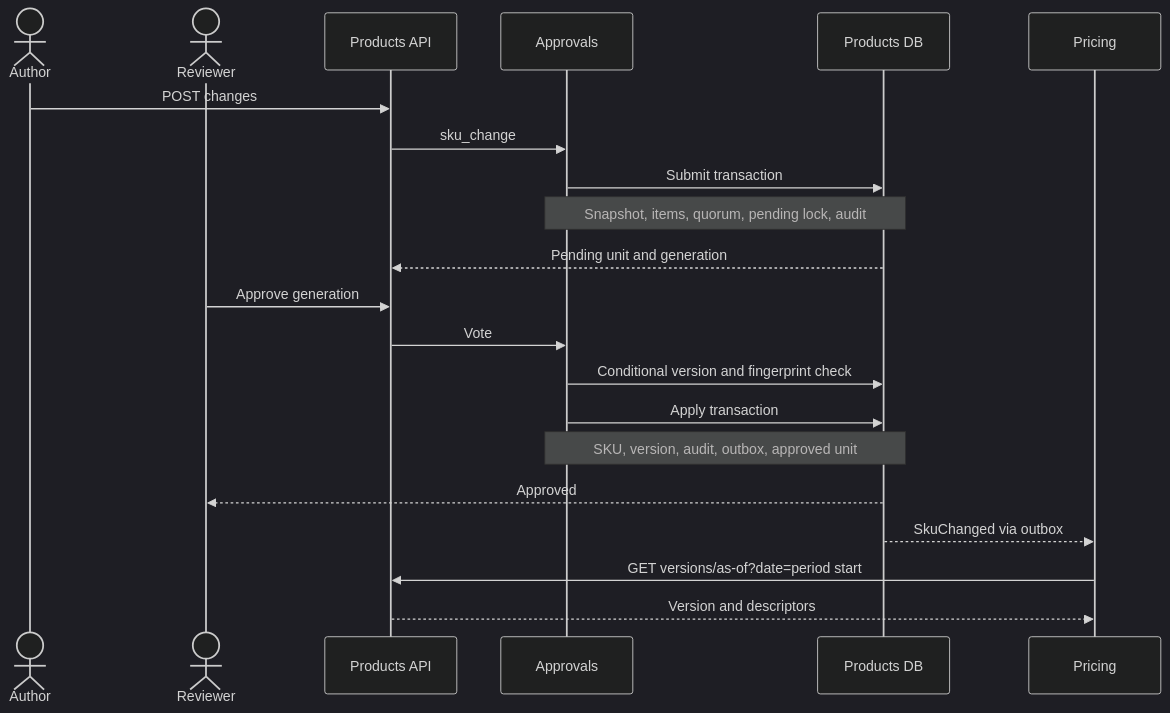
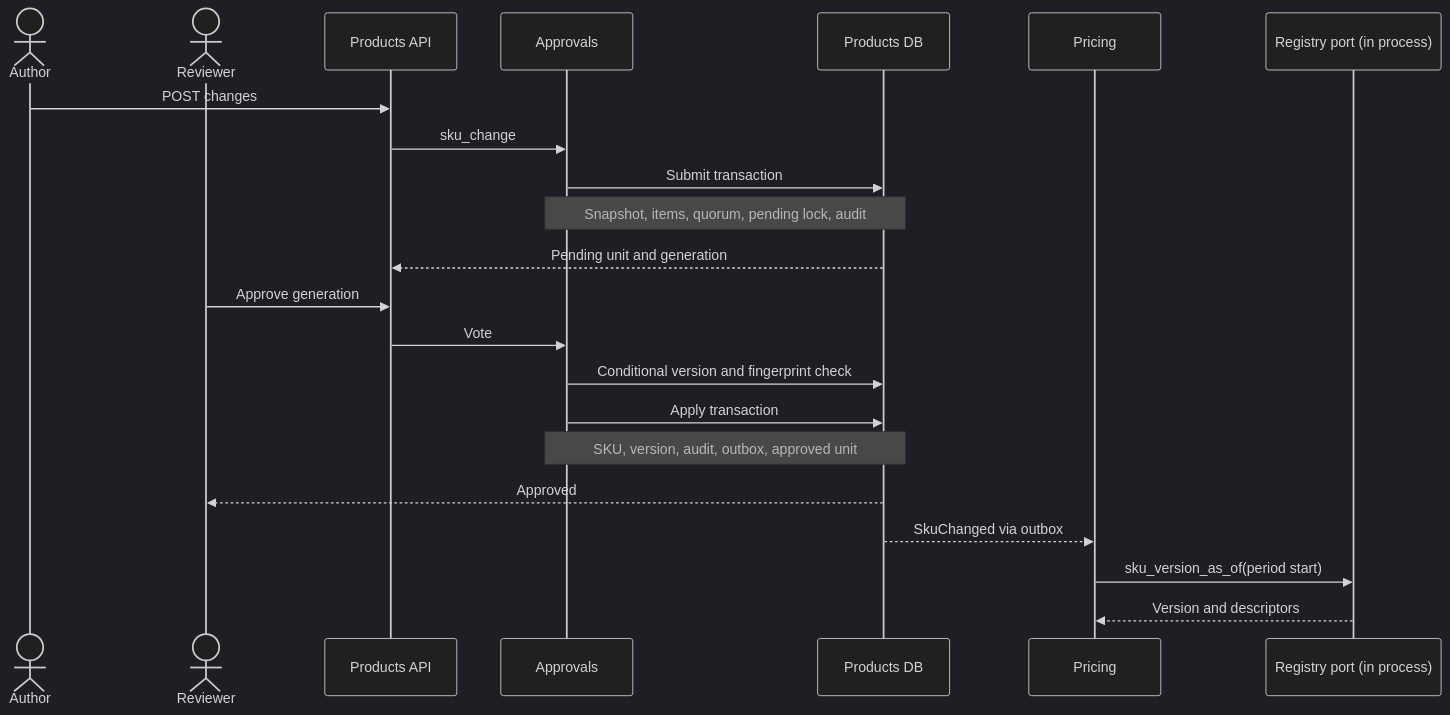
The third of 6 diagrams in gears/bss/products/docs/DESIGN.md (diffora/gears-rust), drawn with Mermaid (dark theme) before and after one commit. The commit also changed other lines of this file and 2 other files, not shown here.

````diff
--- a/gears/bss/products/docs/DESIGN.md
+++ b/gears/bss/products/docs/DESIGN.md
@@ -425,23 +425,24 @@
 ```mermaid
 sequenceDiagram
     actor Author
     actor Reviewer
     participant API as Products API
     participant Approval as Approvals
     participant DB as Products DB
     participant Pricing
+    participant Port as Registry port (in process)
     Author->>API: POST changes
     API->>Approval: sku_change
     Approval->>DB: Submit transaction
     Note over Approval,DB: Snapshot, items, quorum, pending lock, audit
     DB-->>API: Pending unit and generation
     Reviewer->>API: Approve generation
     API->>Approval: Vote
     Approval->>DB: Conditional version and fingerprint check
     Approval->>DB: Apply transaction
     Note over Approval,DB: SKU, version, audit, outbox, approved unit
     DB-->>Reviewer: Approved
     DB-->>Pricing: SkuChanged via outbox
-    Pricing->>API: GET versions/as-of?date=period start
-    API-->>Pricing: Version and descriptors
+    Pricing->>Port: sku_version_as_of(period start)
+    Port-->>Pricing: Version and descriptors
 ```
````
